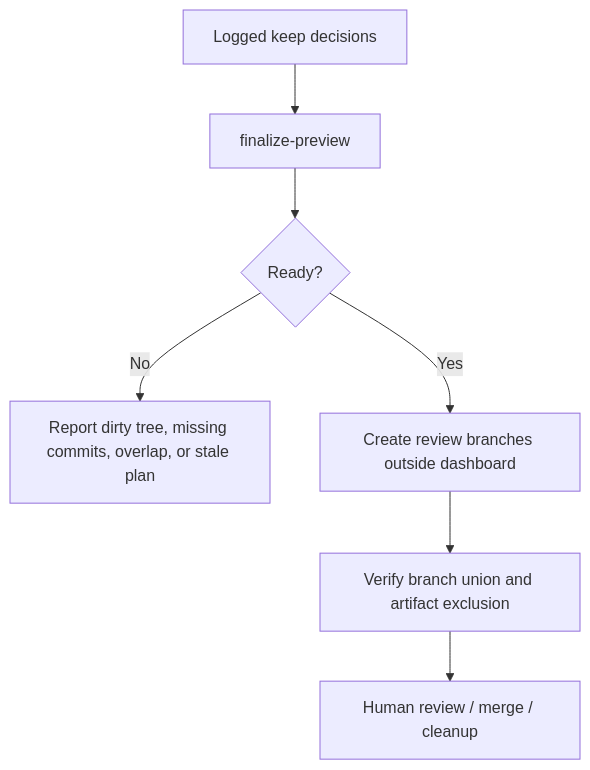
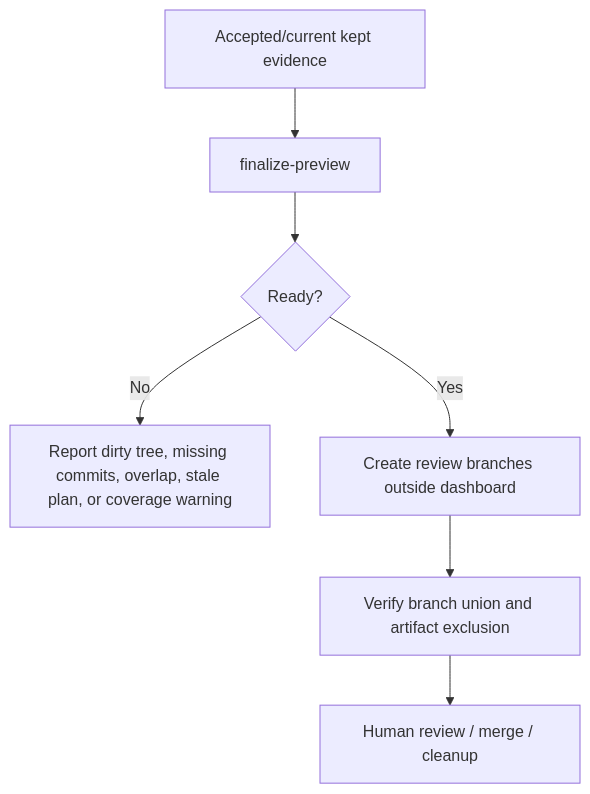
The eighth of 8 diagrams in plugins/codex-autoresearch/docs/architecture.md (TheGreenCedar/codex-autoresearch), drawn with Mermaid before and after one commit. The commit also changed other lines of this file and 17 other files, not shown here.

````diff
--- a/plugins/codex-autoresearch/docs/architecture.md
+++ b/plugins/codex-autoresearch/docs/architecture.md
@@ -99,9 +146,9 @@
 ```mermaid
 flowchart TD
-  A["Logged keep decisions"] --> B["finalize-preview"]
+  A["Accepted/current kept evidence"] --> B["finalize-preview"]
   B --> C{"Ready?"}
-  C -- "No" --> D["Report dirty tree, missing commits, overlap, or stale plan"]
+  C -- "No" --> D["Report dirty tree, missing commits, overlap, stale plan, or coverage warning"]
   C -- "Yes" --> E["Create review branches outside dashboard"]
   E --> F["Verify branch union and artifact exclusion"]
   F --> G["Human review / merge / cleanup"]
 ```
````
